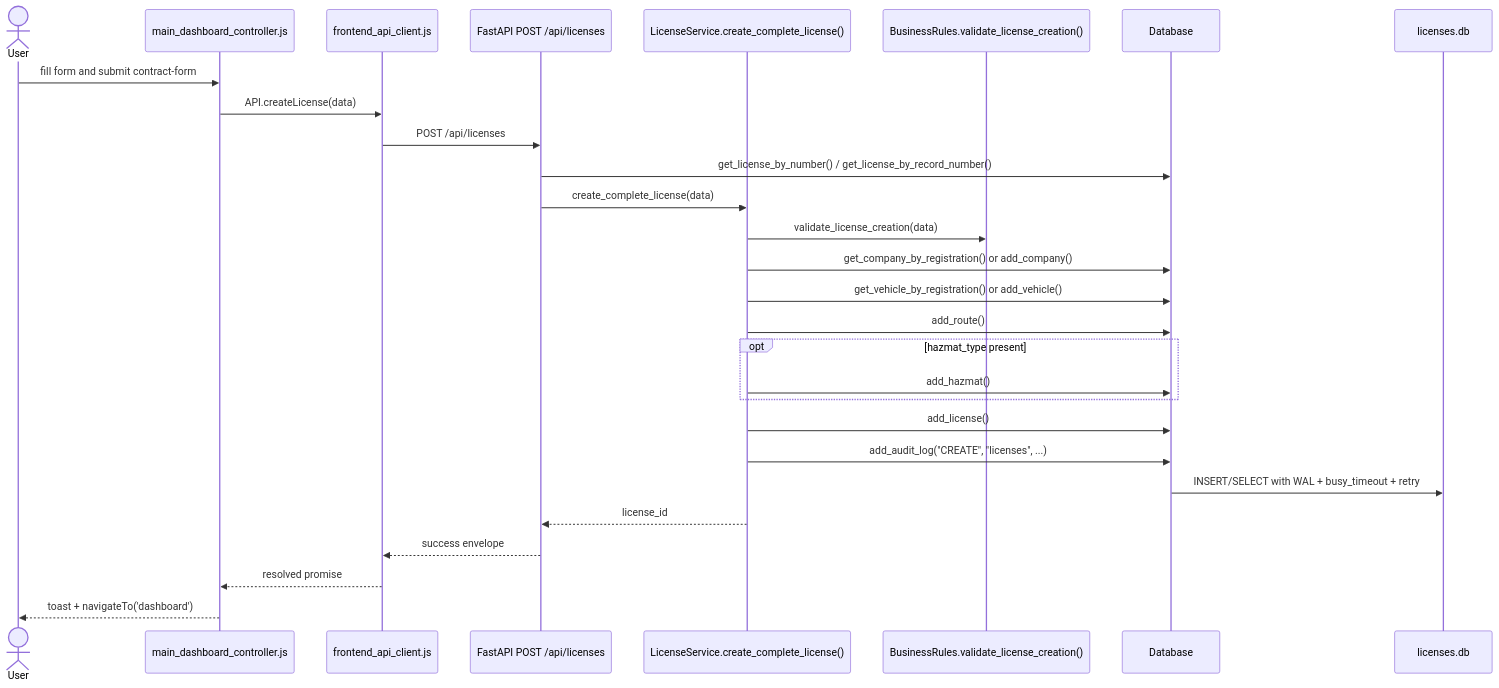
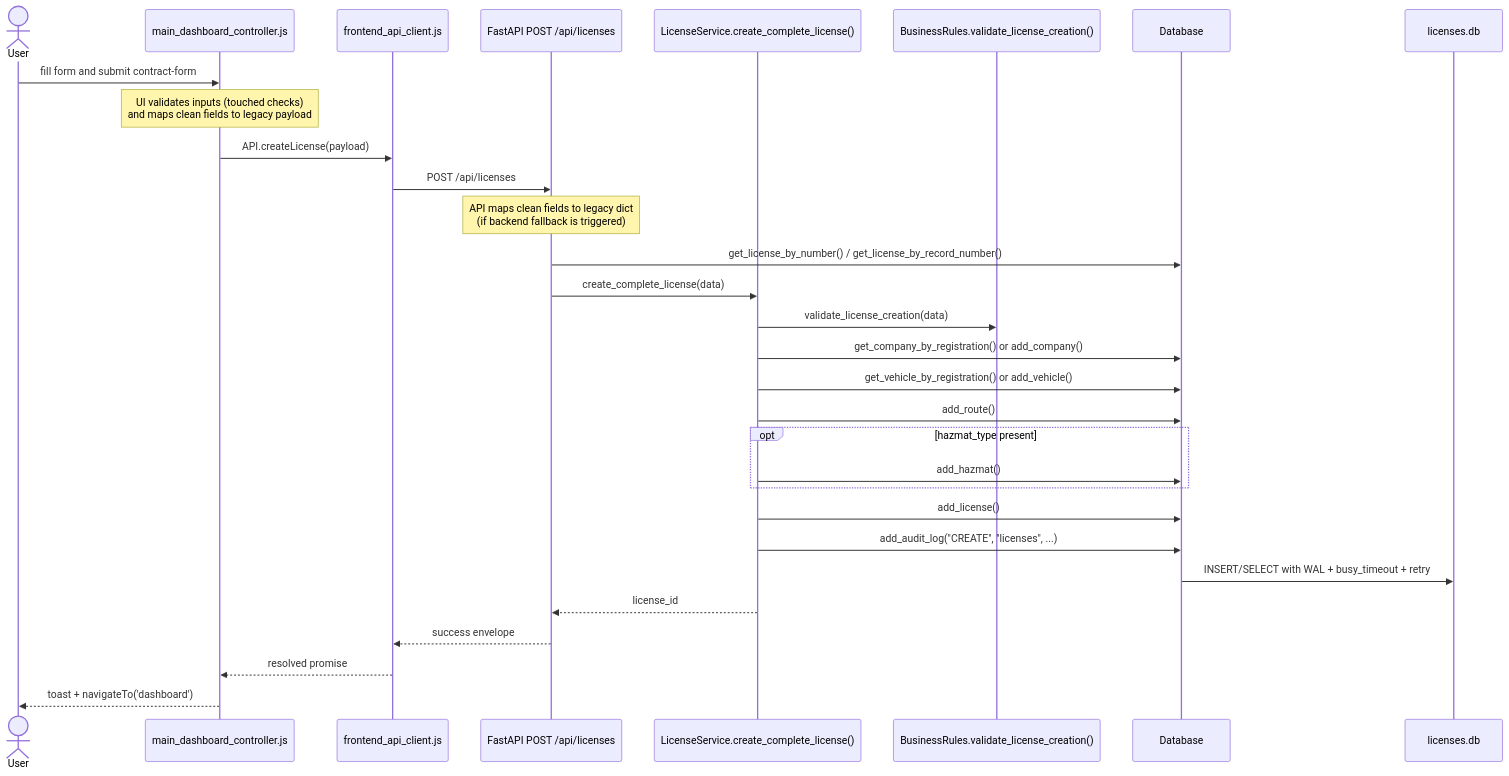
Before and after one commit to raouf-bendahmouche/hazmate: the diagram in docs/diagrams/sequence_contract_creation.mmd, drawn with Mermaid. The commit also changed 18 other files, not shown here.

```diff
--- a/docs/diagrams/sequence_contract_creation.mmd
+++ b/docs/diagrams/sequence_contract_creation.mmd
@@ -1,29 +1,31 @@
 sequenceDiagram
     actor User
     participant UI as main_dashboard_controller.js
     participant Client as frontend_api_client.js
     participant API as FastAPI POST /api/licenses
     participant Service as LicenseService.create_complete_license()
     participant Rules as BusinessRules.validate_license_creation()
     participant DB as Database
     participant SQLite as licenses.db
 
     User->>UI: fill form and submit contract-form
-    UI->>Client: API.createLicense(data)
+    Note over UI: UI validates inputs (touched checks)<br/>and maps clean fields to legacy payload
+    UI->>Client: API.createLicense(payload)
     Client->>API: POST /api/licenses
+    Note over API: API maps clean fields to legacy dict<br/>(if backend fallback is triggered)
     API->>DB: get_license_by_number() / get_license_by_record_number()
     API->>Service: create_complete_license(data)
     Service->>Rules: validate_license_creation(data)
     Service->>DB: get_company_by_registration() or add_company()
     Service->>DB: get_vehicle_by_registration() or add_vehicle()
     Service->>DB: add_route()
     opt hazmat_type present
         Service->>DB: add_hazmat()
     end
     Service->>DB: add_license()
     Service->>DB: add_audit_log("CREATE", "licenses", ...)
     DB->>SQLite: INSERT/SELECT with WAL + busy_timeout + retry
     Service-->>API: license_id
     API-->>Client: success envelope
     Client-->>UI: resolved promise
     UI-->>User: toast + navigateTo('dashboard')
```
